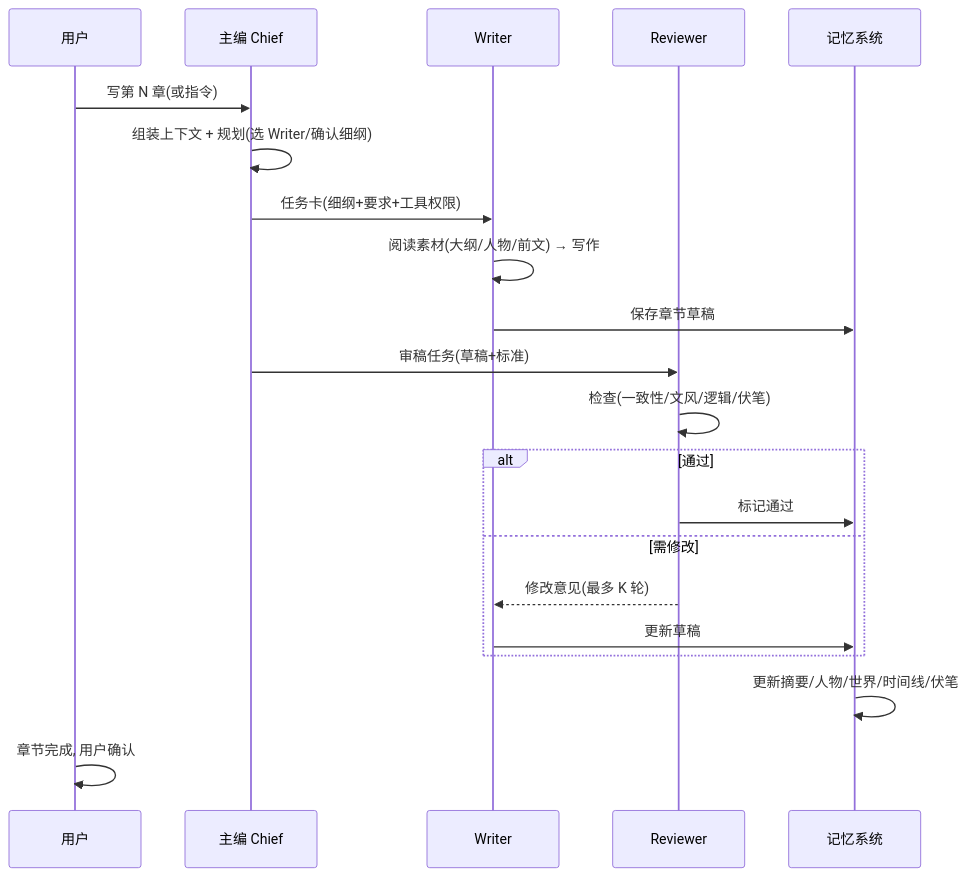
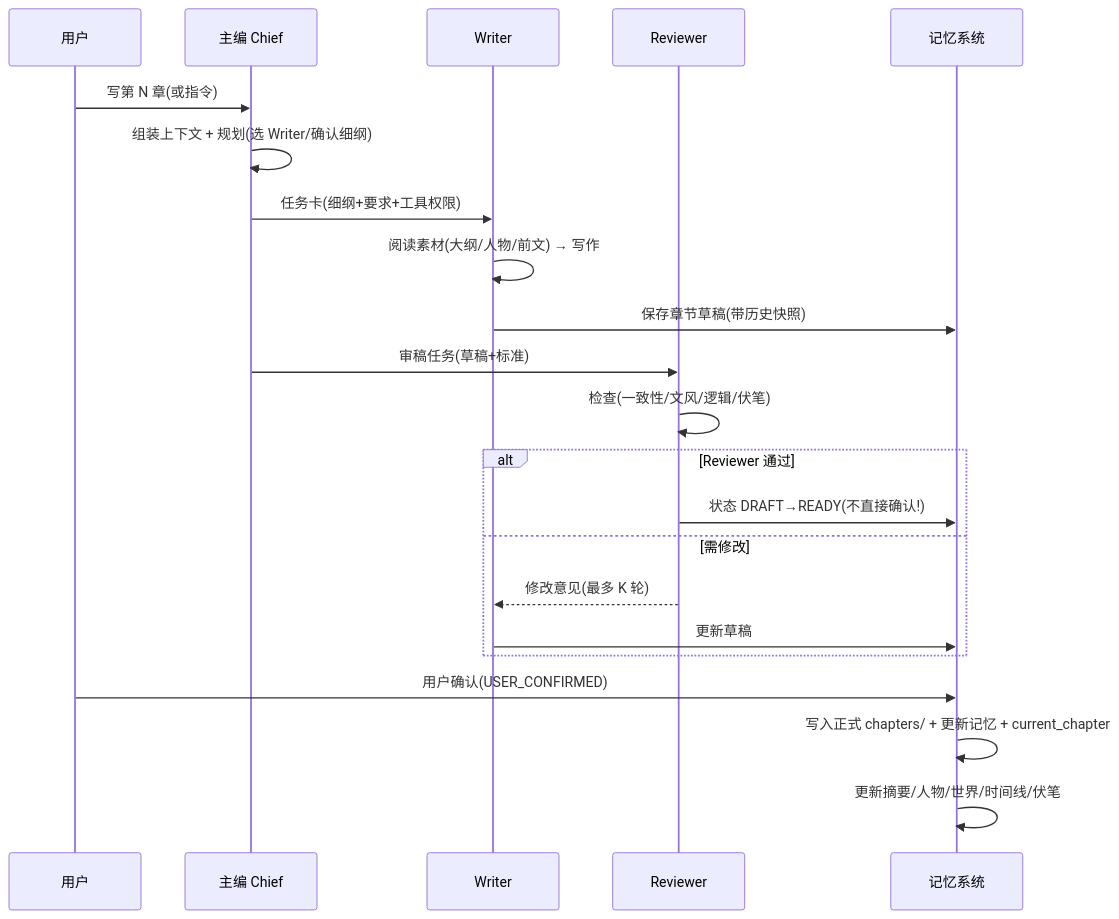
One commit to weiyang02520-ops/xinglu-reverse-engineering changed the second of 2 diagrams in clean-room/ARCHITECTURE.md. Above: the diagram before and after it, drawn with Mermaid. The commit also changed other lines of this file and 15 other files, not shown here.

````diff
--- a/clean-room/ARCHITECTURE.md
+++ b/clean-room/ARCHITECTURE.md
@@ -136,23 +104,24 @@
 ```mermaid
 sequenceDiagram
     participant U as 用户
     participant C as 主编 Chief
     participant W as Writer
     participant R as Reviewer
     participant M as 记忆系统
     U->>C: 写第 N 章(或指令)
     C->>C: 组装上下文 + 规划(选 Writer/确认细纲)
     C->>W: 任务卡(细纲+要求+工具权限)
     W->>W: 阅读素材(大纲/人物/前文) → 写作
-    W->>M: 保存章节草稿
+    W->>M: 保存章节草稿(带历史快照)
     C->>R: 审稿任务(草稿+标准)
     R->>R: 检查(一致性/文风/逻辑/伏笔)
-    alt 通过
-        R->>M: 标记通过
+    alt Reviewer 通过
+        R->>M: 状态 DRAFT→READY(不直接确认!)
     else 需修改
         R-->>W: 修改意见(最多 K 轮)
         W->>M: 更新草稿
     end
+    U->>M: 用户确认(USER_CONFIRMED)
+    M->>M: 写入正式 chapters/ + 更新记忆 + current_chapter
     M->>M: 更新摘要/人物/世界/时间线/伏笔
-    U->>U: 章节完成, 用户确认
 ```
````
